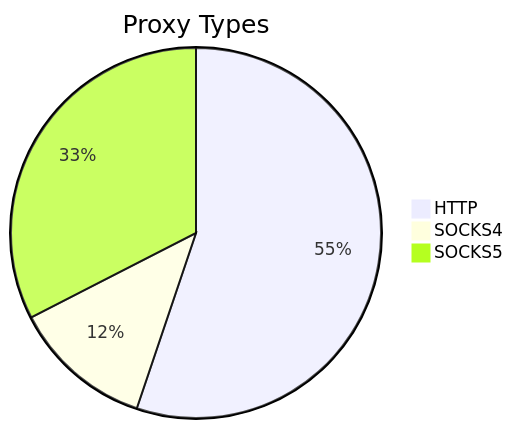
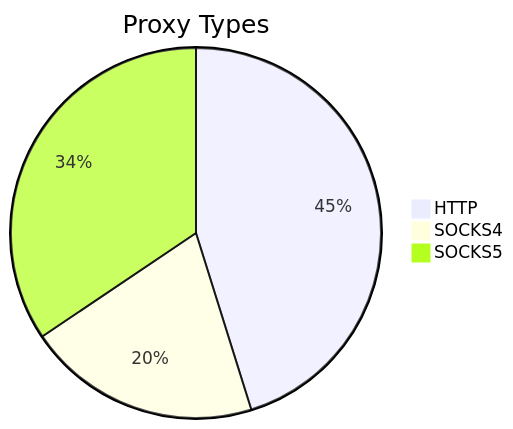
One commit to stormsia/proxy-list changed the first of 2 diagrams in README.md. Above: the diagram before and after it, drawn with Mermaid. The commit also changed other lines of this file, not shown here.

````diff
--- a/README.md
+++ b/README.md
@@ -21,6 +21,6 @@
 ```mermaid
 pie title Proxy Types
-    "HTTP" : 229
-    "SOCKS4" : 51
-    "SOCKS5" : 135
+    "HTTP" : 290
+    "SOCKS4" : 131
+    "SOCKS5" : 221
 ```
````
